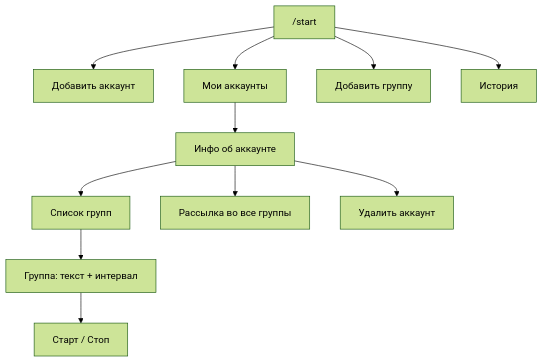
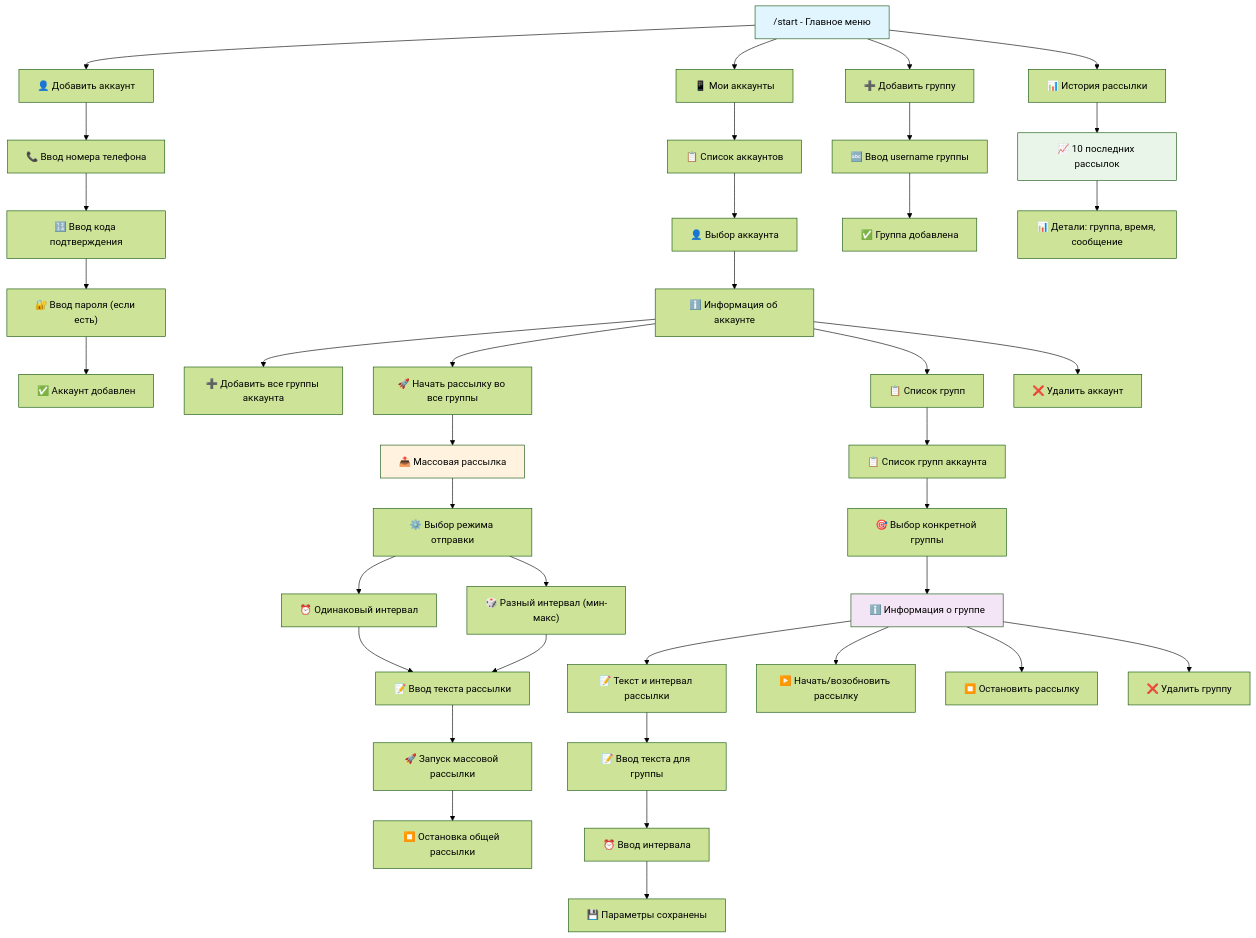
One commit to habibowsasha-crypto/REPOST changed the diagram in README.md. Above: the diagram before and after it, drawn with Mermaid (forest theme). The commit also changed other lines of this file and 29 other files, not shown here.

````diff
--- a/README.md
+++ b/README.md
@@ -24,15 +16,52 @@
 ```mermaid
 graph TD
-    A["/start"] --> B["Добавить аккаунт"]
-    A --> C["Мои аккаунты"]
-    A --> D["Добавить группу"]
-    A --> E["История"]
-
-    C --> C1["Инфо об аккаунте"]
-    C1 --> C2["Список групп"]
-    C1 --> C3["Рассылка во все группы"]
-    C1 --> C4["Удалить аккаунт"]
-
-    C2 --> G1["Группа: текст + интервал"]
-    G1 --> G2["Старт / Стоп"]
+    A["/start - Главное меню"] --> B["👤 Добавить аккаунт"]
+    A --> C["📱 Мои аккаунты"]
+    A --> D["➕ Добавить группу"]
+    A --> E["📊 История рассылки"]
+    
+    B --> B1["📞 Ввод номера телефона"]
+    B1 --> B2["🔢 Ввод кода подтверждения"]
+    B2 --> B3["🔐 Ввод пароля (если есть)"]
+    B3 --> B4["✅ Аккаунт добавлен"]
+    
+    C --> C1["📋 Список аккаунтов"]
+    C1 --> C2["👤 Выбор аккаунта"]
+    C2 --> C3["ℹ️ Информация об аккаунте"]
+    C3 --> C4["➕ Добавить все группы аккаунта"]
+    C3 --> C5["📋 Список групп"]
+    C3 --> C6["🚀 Начать рассылку во все группы"]
+    C3 --> C7["❌ Удалить аккаунт"]
+    
+    C6 --> F1["📤 Массовая рассылка"]
+    F1 --> F2["⚙️ Выбор режима отправки"]
+    F2 --> F3a["⏰ Одинаковый интервал"]
+    F2 --> F3b["🎲 Разный интервал (мин-макс)"]
+    F3a --> F4["📝 Ввод текста рассылки"]
+    F3b --> F4
+    F4 --> F5["🚀 Запуск массовой рассылки"]
+    F5 --> F6["⏹️ Остановка общей рассылки"]
+    
+    C5 --> G1["📋 Список групп аккаунта"]
+    G1 --> G2["🎯 Выбор конкретной группы"]
+    G2 --> G3["ℹ️ Информация о группе"]
+    G3 --> G4["📝 Текст и интервал рассылки"]
+    G3 --> G5["▶️ Начать/возобновить рассылку"]
+    G3 --> G6["⏹️ Остановить рассылку"]
+    G3 --> G7["❌ Удалить группу"]
+    
+    G4 --> H1["📝 Ввод текста для группы"]
+    H1 --> H2["⏰ Ввод интервала"]
+    H2 --> H3["💾 Параметры сохранены"]
+    
+    D --> D1["🔤 Ввод username группы"]
+    D1 --> D2["✅ Группа добавлена"]
+    
+    E --> E1["📈 10 последних рассылок"]
+    E1 --> E2["📊 Детали: группа, время, сообщение"]
+    
+    style A fill:#e1f5fe
+    style F1 fill:#fff3e0
+    style G3 fill:#f3e5f5
+    style E1 fill:#e8f5e8
 ```
````
